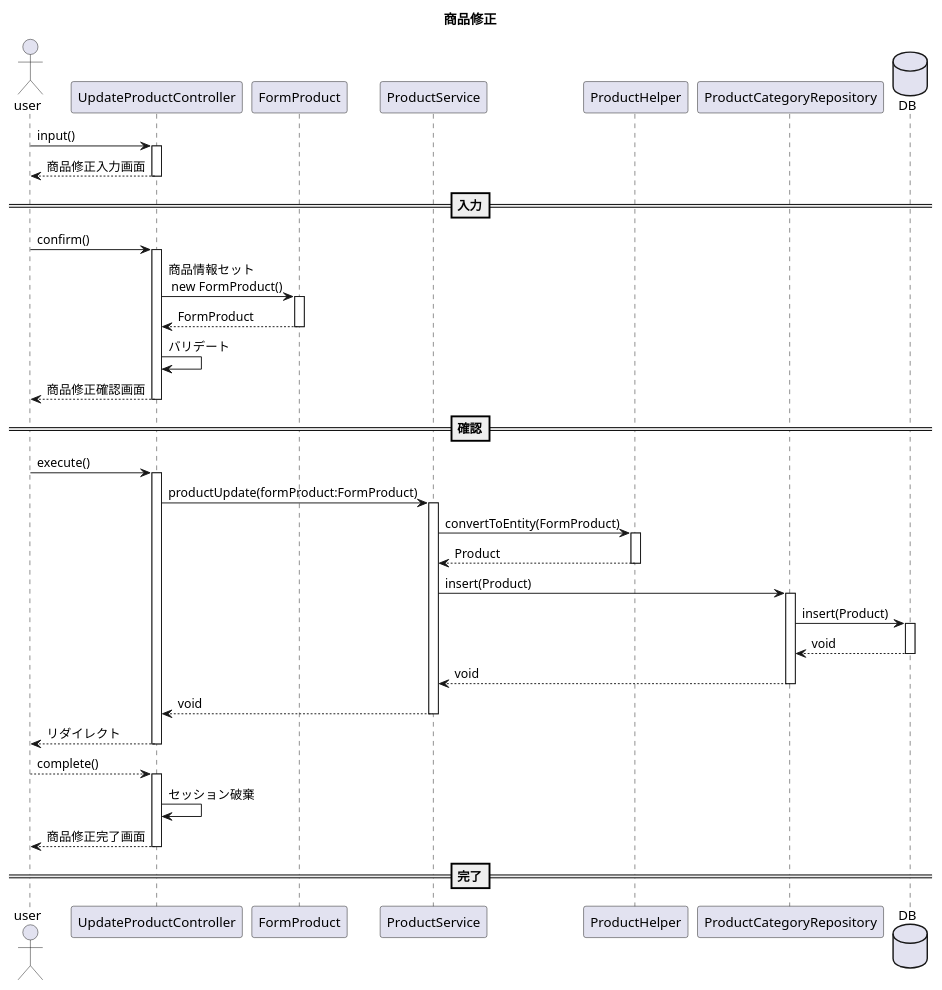
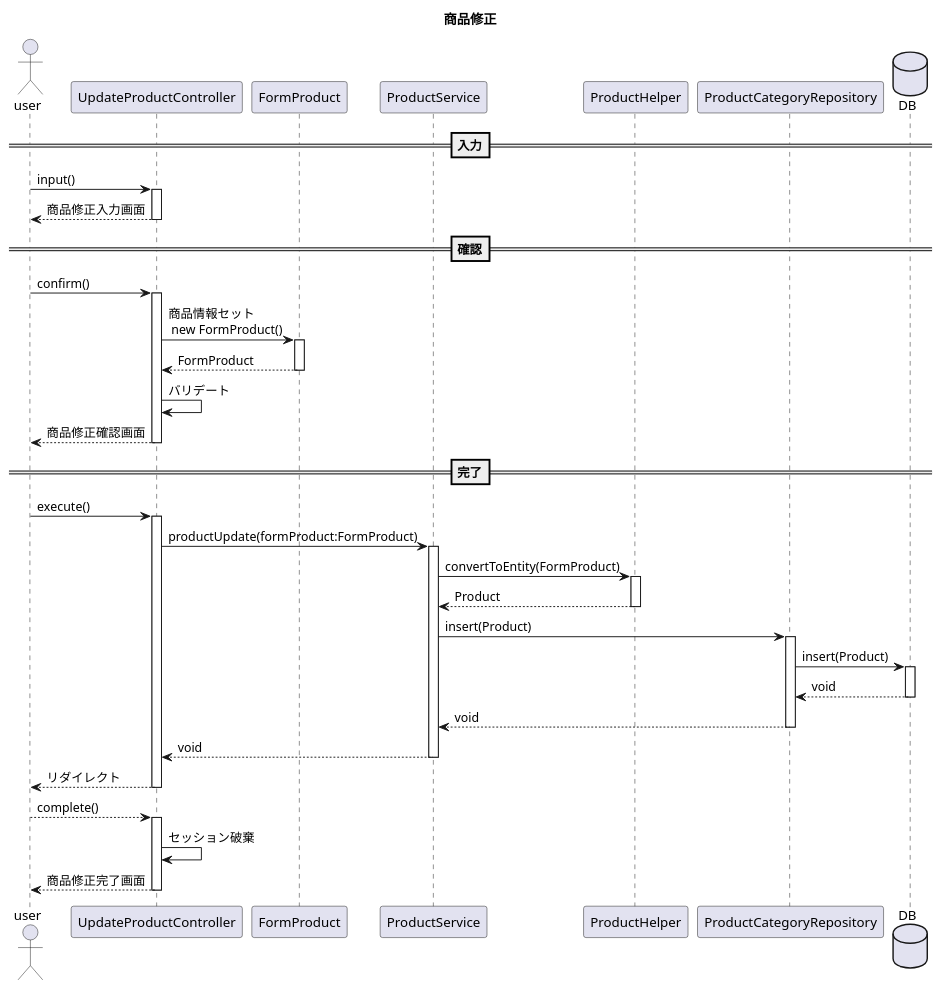
Before and after one commit to kanavii3333/ec-b: the diagram in plan/uml/sequence/uc012.plantuml, drawn with PlantUML. The commit also changed other lines of this file and 6 other files, not shown here.

Commit message:
シーケンス図修正　helper form関連

```diff
--- a/plan/uml/sequence/uc012.plantuml
+++ b/plan/uml/sequence/uc012.plantuml
@@ -1,35 +1,35 @@
 @startuml
 title 商品修正
 actor user
 participant UpdateProductController as Controller
 participant FormProduct as Form
 participant ProductService as Service
 participant ProductHelper as Helper
 participant ProductCategoryRepository as Repository
 database DB
 
-
+==入力==
 user -> Controller++:input()
 user <-- Controller--:商品修正入力画面
-==入力==
+==確認==
 user -> Controller++:confirm()
 Controller -> Form++:商品情報セット\n new FormProduct()
 Controller <-- Form--:FormProduct
 Controller -> Controller:バリデート
 user <-- Controller--:商品修正確認画面
-==確認==
+==完了==
 user -> Controller++:execute()
 Controller -> Service++:productUpdate(formProduct:FormProduct)
 Service -> Helper++:convertToEntity(FormProduct)
 Service <-- Helper--:Product
 Service -> Repository++:insert(Product)
 Repository -> DB++:insert(Product)
 Repository <-- DB--:void
 Service <-- Repository--:void
 Controller <-- Service--:void
 user <-- Controller--:リダイレクト
 user --> Controller++:complete()
 Controller -> Controller:セッション破棄
 user <-- Controller--:商品修正完了画面
-==完了==
+
 @enduml
```
